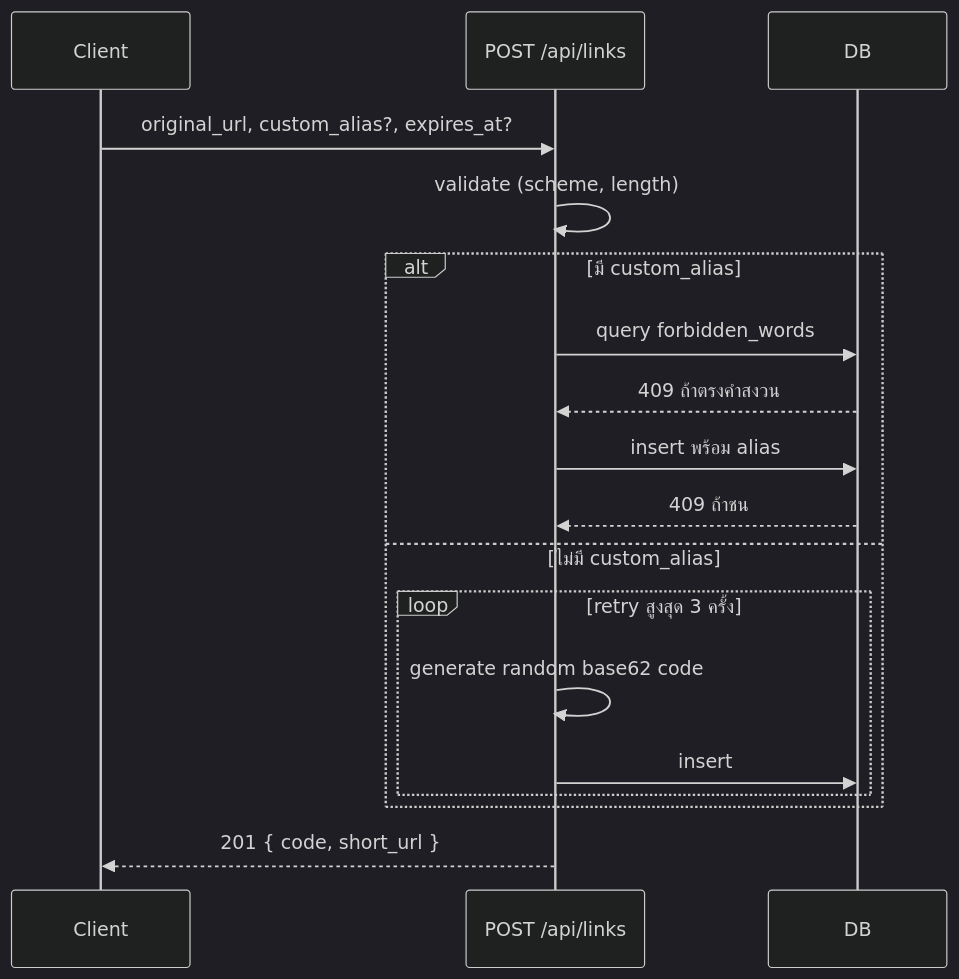
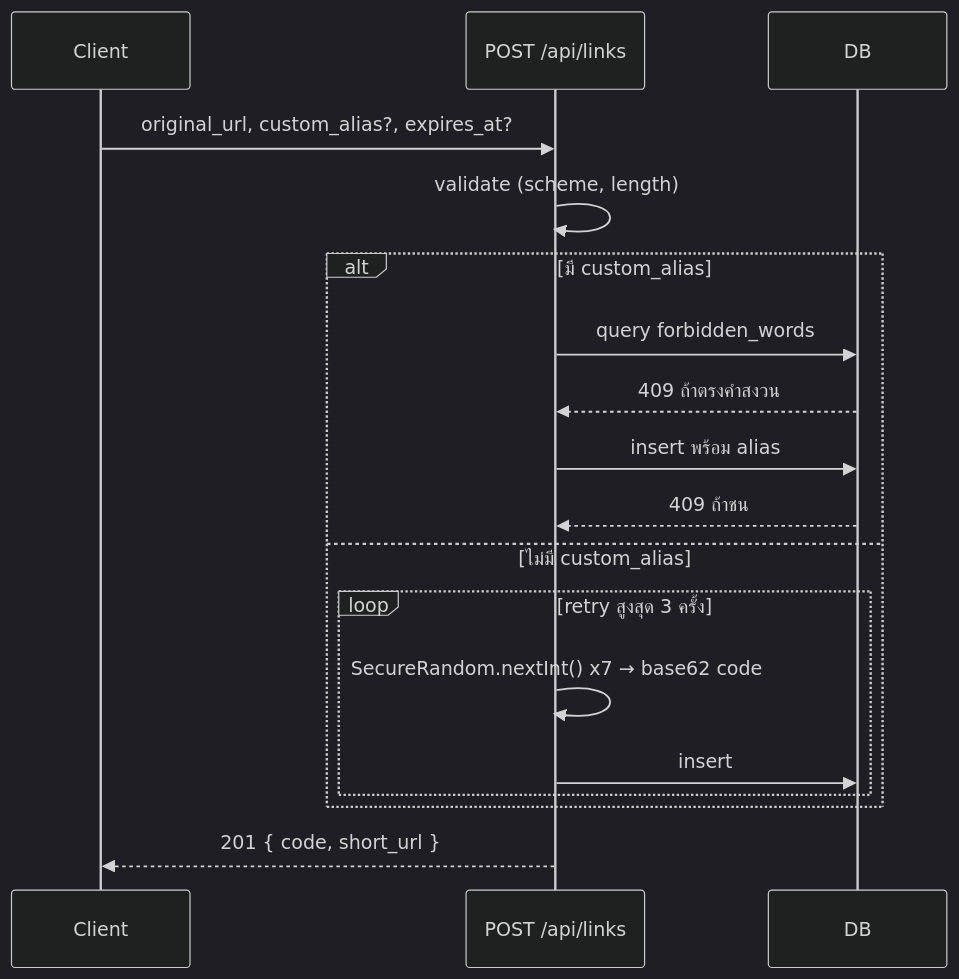
One commit to bordinsak-p/my-knowledge-vault changed the first of 2 diagrams in Greenhouse/Projects/URL Shortener (Quarkus)/API Flow Spec.md. Above: the diagram before and after it, drawn with Mermaid (dark theme). The commit also changed other lines of this file, not shown here.

Commit message:
docs: update URL Shortener API Flow Spec

````diff
--- a/Greenhouse/Projects/URL Shortener (Quarkus)/API Flow Spec.md
+++ b/Greenhouse/Projects/URL Shortener (Quarkus)/API Flow Spec.md
@@ -74,21 +174,21 @@
 ```mermaid
 sequenceDiagram
     participant C as Client
     participant API as POST /api/links
     participant DB as DB
 
     C->>API: original_url, custom_alias?, expires_at?
     API->>API: validate (scheme, length)
     alt มี custom_alias
         API->>DB: query forbidden_words
         DB-->>API: 409 ถ้าตรงคำสงวน
         API->>DB: insert พร้อม alias
         DB-->>API: 409 ถ้าชน
     else ไม่มี custom_alias
         loop retry สูงสุด 3 ครั้ง
-            API->>API: generate random base62 code
+            API->>API: SecureRandom.nextInt() x7 → base62 code
             API->>DB: insert
         end
     end
     API-->>C: 201 { code, short_url }
 ```
````
